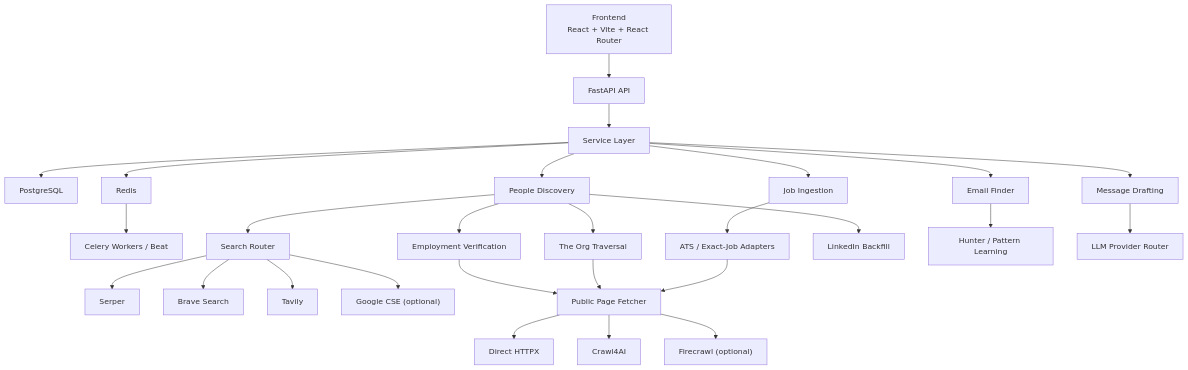
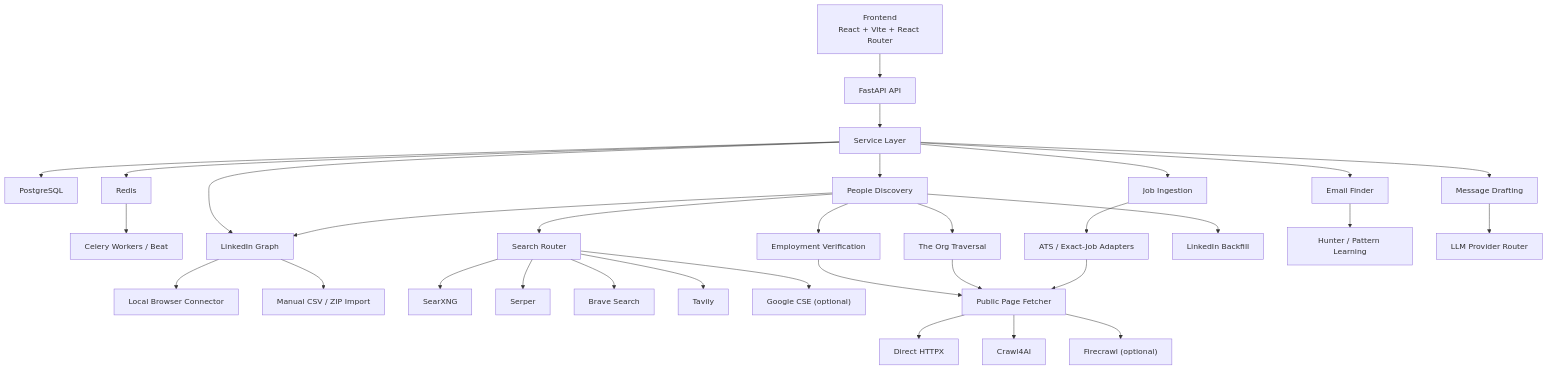
The first of 4 diagrams in architecture.md (mayowa2133/NexusReach), drawn with Mermaid before and after one commit. The commit also changed other lines of this file and 22 other files, not shown here.

First line of the commit message:
Fix people search for PM jobs, improve job discovery and Celery scheduling

````diff
--- a/architecture.md
+++ b/architecture.md
@@ -9,34 +9,39 @@
 ```mermaid
 flowchart TD
     UI["Frontend<br/>React + Vite + React Router"] --> API["FastAPI API"]
     API --> SVC["Service Layer"]
     SVC --> DB["PostgreSQL"]
     SVC --> REDIS["Redis"]
     REDIS --> CELERY["Celery Workers / Beat"]
 
     SVC --> JOBS["Job Ingestion"]
     SVC --> PEOPLE["People Discovery"]
+    SVC --> GRAPH["LinkedIn Graph"]
     SVC --> EMAIL["Email Finder"]
     SVC --> MSG["Message Drafting"]
 
     JOBS --> ATS["ATS / Exact-Job Adapters"]
     PEOPLE --> SEARCH["Search Router"]
     PEOPLE --> THEORG["The Org Traversal"]
     PEOPLE --> VERIFY["Employment Verification"]
     PEOPLE --> BACKFILL["LinkedIn Backfill"]
+    PEOPLE --> GRAPH
+    GRAPH --> CONNECTOR["Local Browser Connector"]
+    GRAPH --> IMPORT["Manual CSV / ZIP Import"]
     EMAIL --> HUNTER["Hunter / Pattern Learning"]
     MSG --> LLM["LLM Provider Router"]
 
+    SEARCH --> SEARXNG["SearXNG"]
     SEARCH --> SERPER["Serper"]
     SEARCH --> BRAVE["Brave Search"]
     SEARCH --> TAVILY["Tavily"]
     SEARCH --> GOOGLE["Google CSE (optional)"]
 
     VERIFY --> PUBLICFETCH["Public Page Fetcher"]
     THEORG --> PUBLICFETCH
     ATS --> PUBLICFETCH
 
     PUBLICFETCH --> DIRECT["Direct HTTPX"]
     PUBLICFETCH --> C4AI["Crawl4AI"]
     PUBLICFETCH --> FIRECRAWL["Firecrawl (optional)"]
 ```
````
